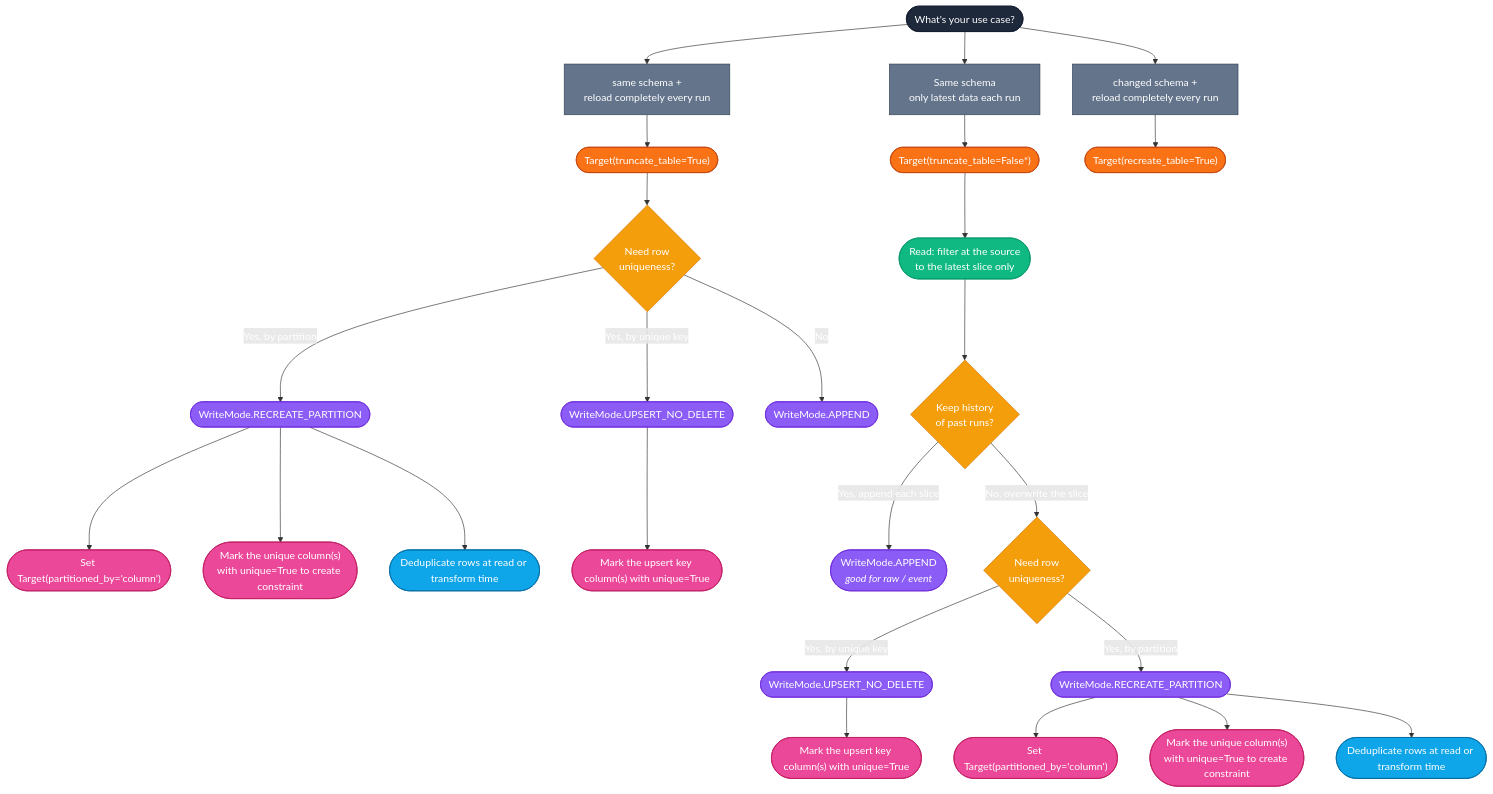
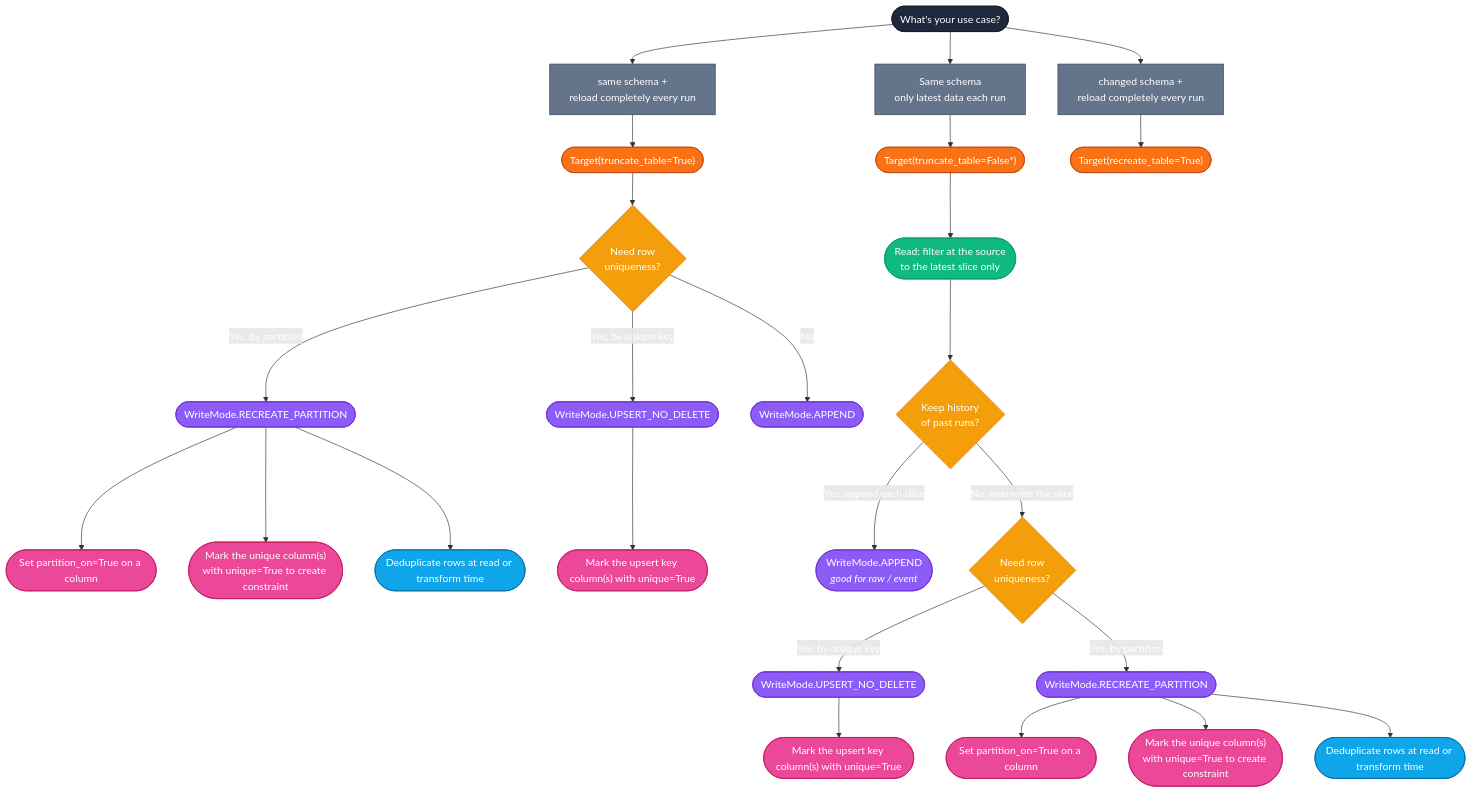
One commit to ebremstedt/bollhav changed the first of 2 diagrams in bollhav/docs/WHICH_SETUP.md. Above: the diagram before and after it, drawn with Mermaid. The commit also changed 6 other files, not shown here.

````diff
--- a/bollhav/docs/WHICH_SETUP.md
+++ b/bollhav/docs/WHICH_SETUP.md
@@ -7,41 +7,41 @@
 ```mermaid
 flowchart TD
     Start([What's your use case?]):::root
 
     Start --> UC1[same schema +<br/>reload completely every run]:::usecase
     Start --> UC2[Same schema<br/>only latest data each run]:::usecase
     Start --> UC3[changed schema +<br/>reload completely every run]:::usecase
 
     UC1 --> UC1Start(["Target(truncate_table=True)"]):::target
     UC1Start --> UC1Q{Need row<br/>uniqueness?}:::question
     UC1Q -->|Yes, by partition| UC1YP(["WriteMode.RECREATE_PARTITION"]):::writemode
-    UC1YP --> UC1YPPB(["Set Target(partitioned_by='column')"]):::uniqueness
+    UC1YP --> UC1YPPB(["Set partition_on=True on a column"]):::uniqueness
     UC1YP --> UC1YPC(["Mark the unique column(s)<br/>with unique=True to create constraint"]):::uniqueness
     UC1YP --> UC1YPR(["Deduplicate rows at read or transform time"]):::deduplication
     UC1Q -->|Yes, by unique key| UC1YU(["WriteMode.UPSERT_NO_DELETE"]):::writemode
     UC1YU --> UC1YUK(["Mark the upsert key column(s) with unique=True"]):::uniqueness
     UC1Q -->|No| UC1N(["WriteMode.APPEND"]):::writemode
 
     UC2 --> UC2Start(["Target(truncate_table=False*)"]):::target
     UC2Start --> UC2Read(["Read: filter at the source<br/>to the latest slice only"]):::config
     UC2Read --> UC2H{Keep history<br/>of past runs?}:::question
     UC2H -->|Yes, append each slice| UC2HY(["WriteMode.APPEND<br/><i>good for raw / event</i>"]):::writemode
     UC2H -->|No, overwrite the slice| UC2HN{Need row<br/>uniqueness?}:::question
     UC2HN -->|Yes, by unique key| UC2HNY(["WriteMode.UPSERT_NO_DELETE"]):::writemode
     UC2HNY --> UC2HNYK(["Mark the upsert key column(s) with unique=True"]):::uniqueness
     UC2HN -->|Yes, by partition| UC2HNP(["WriteMode.RECREATE_PARTITION"]):::writemode
-    UC2HNP --> UC2HNPPB(["Set Target(partitioned_by='column')"]):::uniqueness
+    UC2HNP --> UC2HNPPB(["Set partition_on=True on a column"]):::uniqueness
     UC2HNP --> UC2HNPC(["Mark the unique column(s)<br/>with unique=True to create constraint"]):::uniqueness
     UC2HNP --> UC2HNPR(["Deduplicate rows at read or transform time"]):::deduplication
 
     UC3 --> UC3Start(["Target(recreate_table=True)"]):::target
 
     classDef root fill:#1e293b,stroke:#0f172a,color:#fff
     classDef usecase fill:#64748b,stroke:#334155,color:#fff
     classDef question fill:#f59e0b,stroke:#d97706,color:#fff
     classDef config fill:#10b981,stroke:#059669,color:#fff
     classDef target fill:#f97316,stroke:#c2410c,color:#fff
     classDef writemode fill:#8b5cf6,stroke:#6d28d9,color:#fff
     classDef uniqueness fill:#ec4899,stroke:#be185d,color:#fff
     classDef deduplication fill:#0ea5e9,stroke:#0369a1,color:#fff
 ```
````
